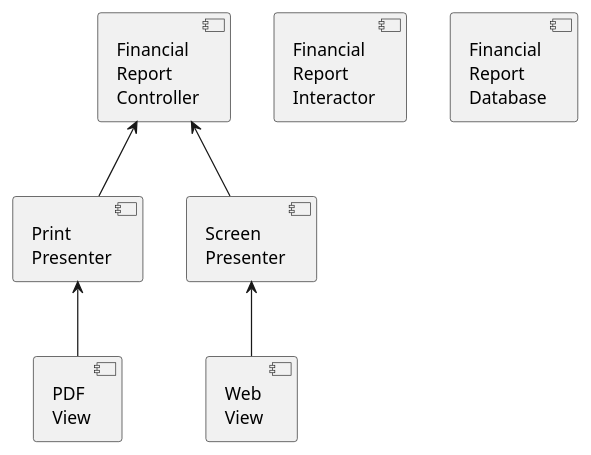
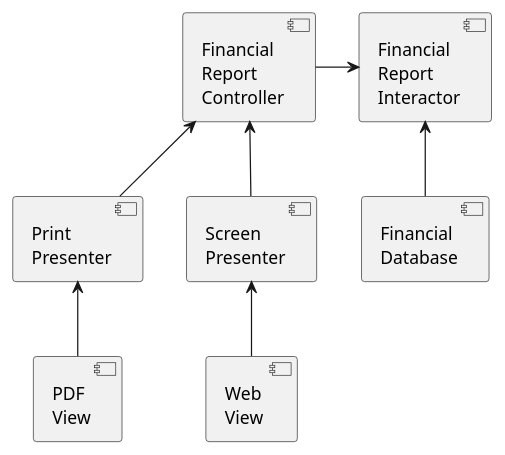
Before and after one commit to huland/logseq-notes: the fourth of 4 diagrams in pages/Robert C. Martin - Clean Architecture A Craftsman's Guide to Software Structure and Design.md, drawn with PlantUML.

Commit message:
Auto saved by Logseq

```diff
--- a/pages/Robert C. Martin - Clean Architecture A Craftsman's Guide to Software Structure and Design.md
+++ b/pages/Robert C. Martin - Clean Architecture A Craftsman's Guide to Software Structure and Design.md
@@ -298,15 +298,17 @@
 					  @startuml
 					  
 					  component "Financial \nReport \nController" as financial_report_controller
 					   component "Financial \nReport \nInteractor" as financial_report_interactor
-					   component "Financial \nReport \nDatabase" as financial_report_database
+					   component "Financial \nDatabase" as financial_database
 					   component "Screen \nPresenter" as screen_presenter
 					   component "Print \nPresenter" as print_presenter
 					   component "Web \nView" as web_view
 					   component "PDF \nView" as pdf_view
 					   
 					  web_view -u-> screen_presenter
 					  pdf_view -u-> print_presenter
 					  screen_presenter -u-> financial_report_controller
 					  print_presenter -u-> financial_report_controller
+					  financial_report_controller -r-> financial_report_interactor
+					  financial_report_interactor <-d- financial_database
 					  @enduml
```
